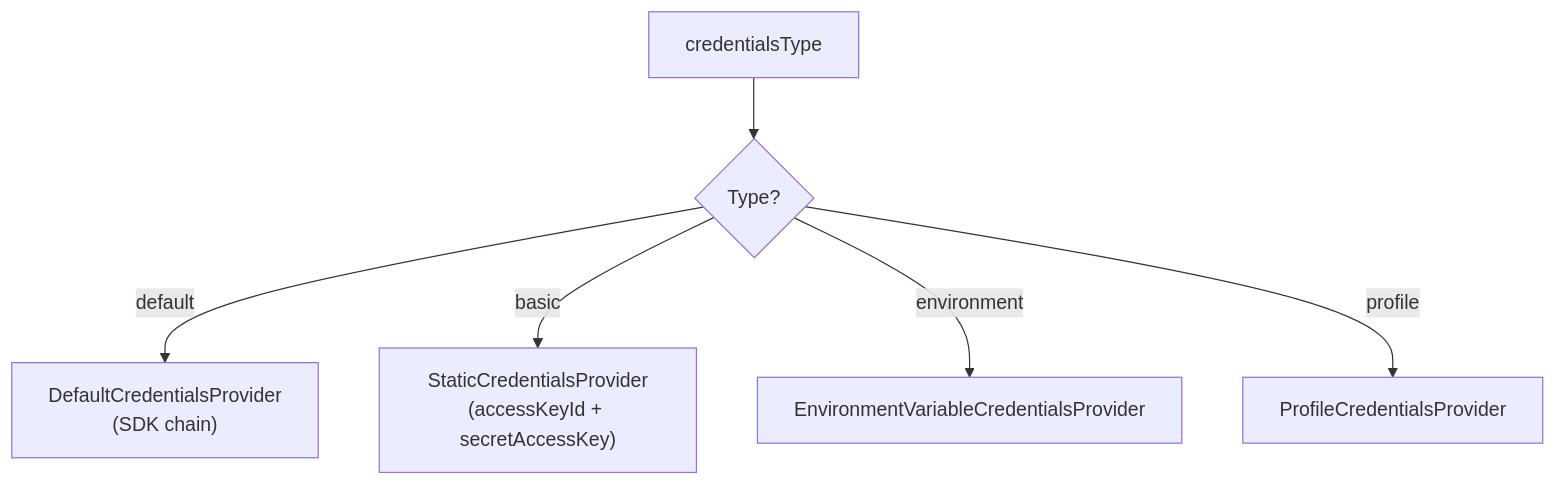
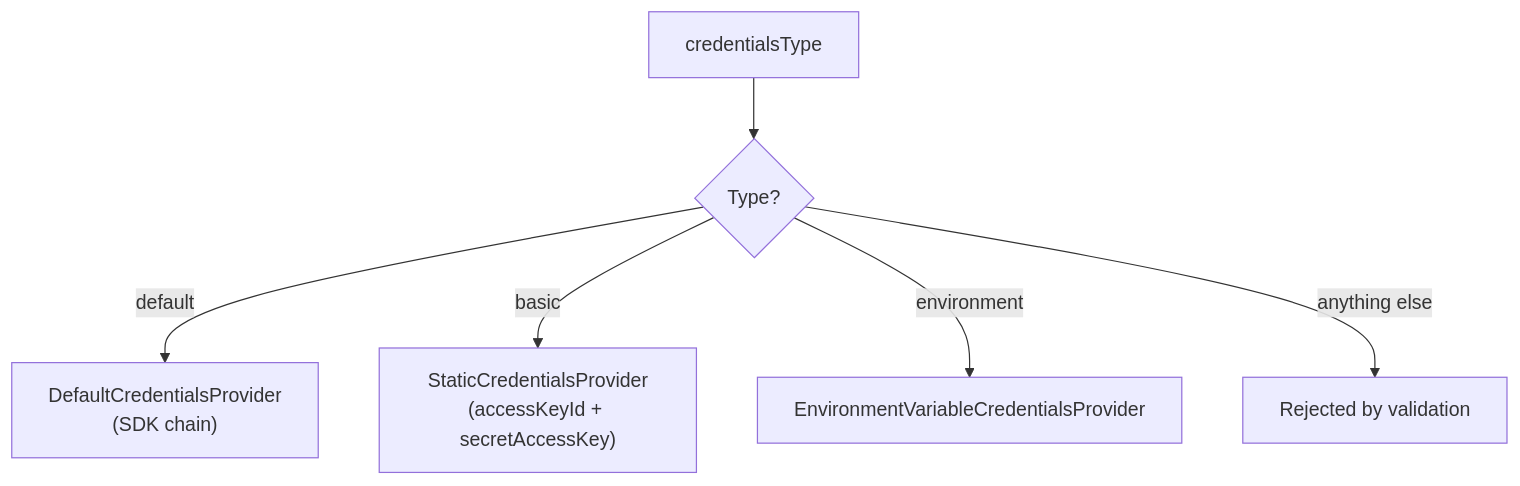
The eighth of 10 diagrams in stroom-proxy/designs/infrastructure/file-stores.md (gchq/stroom), drawn with Mermaid before and after one commit. The commit also changed other lines of this file and 6 other files, not shown here.

````diff
--- a/stroom-proxy/designs/infrastructure/file-stores.md
+++ b/stroom-proxy/designs/infrastructure/file-stores.md
@@ -348,8 +348,8 @@
 ```mermaid
 flowchart TD
     A["credentialsType"] --> B{"Type?"}
     B -->|"default"| C["DefaultCredentialsProvider\n(SDK chain)"]
     B -->|"basic"| D["StaticCredentialsProvider\n(accessKeyId + secretAccessKey)"]
     B -->|"environment"| E["EnvironmentVariableCredentialsProvider"]
-    B -->|"profile"| F["ProfileCredentialsProvider"]
+    B -->|"anything else"| F["Rejected by validation"]
 ```
````
